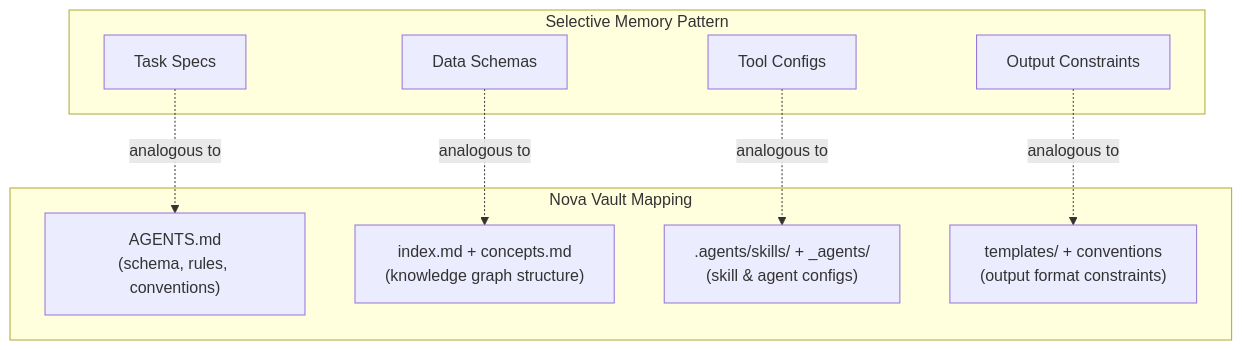
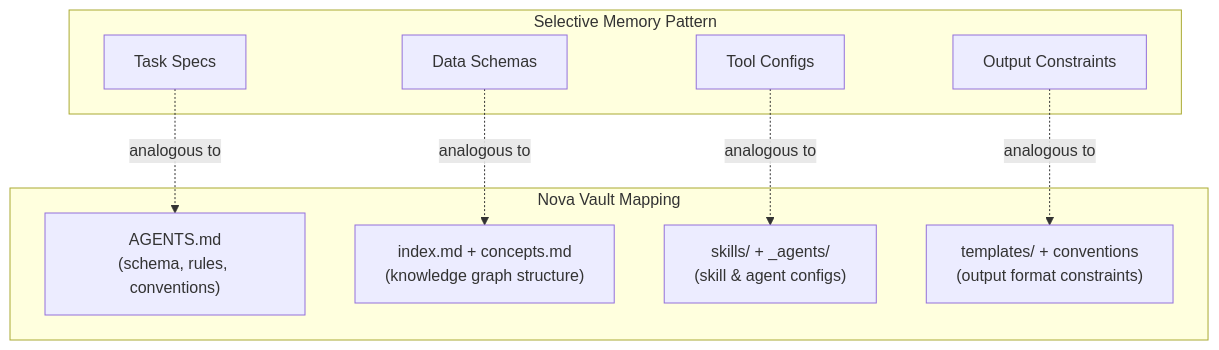
Before and after one commit to hencter/Nova: the fifth of 5 diagrams in concepts/selective-persistent-memory.md, drawn with Mermaid. The commit also changed 21 other files, not shown here.

````diff
--- a/concepts/selective-persistent-memory.md
+++ b/concepts/selective-persistent-memory.md
@@ -164,21 +164,21 @@
 ```mermaid
 graph TD
     subgraph "Selective Memory Pattern"
         SM1[Task Specs] 
         SM2[Data Schemas]
         SM3[Tool Configs]
         SM4[Output Constraints]
     end
 
     subgraph "Nova Vault Mapping"
         NV1["AGENTS.md<br/>(schema, rules, conventions)"]
         NV2["index.md + concepts.md<br/>(knowledge graph structure)"]
-        NV3[".agents/skills/ + _agents/<br/>(skill & agent configs)"]
+        NV3["skills/ + _agents/<br/>(skill & agent configs)"]
         NV4["templates/ + conventions<br/>(output format constraints)"]
     end
 
     SM1 -.->|analogous to| NV1
     SM2 -.->|analogous to| NV2
     SM3 -.->|analogous to| NV3
     SM4 -.->|analogous to| NV4
 ```
````
